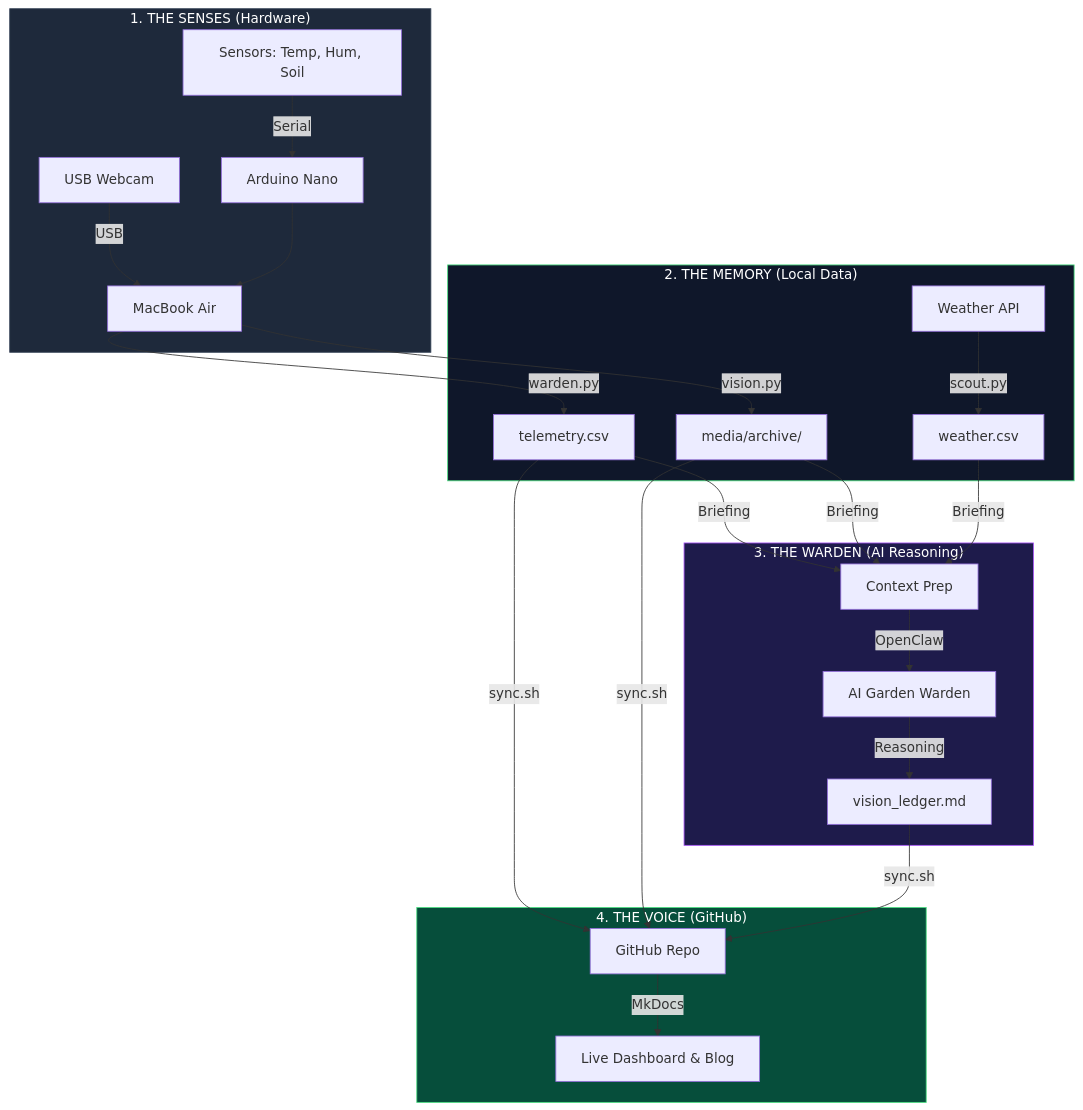
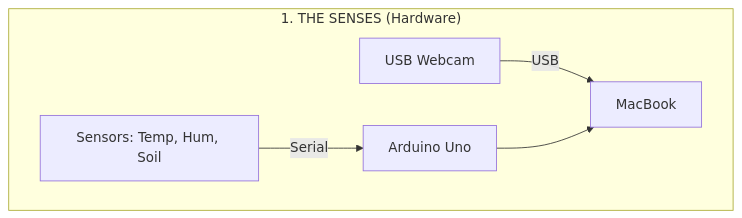
One commit to surendranb/gardenbot changed the diagram in src/docs/architecture.md. Above: the diagram before and after it, drawn with Mermaid. The commit also changed other lines of this file and 9 other files, not shown here.

````diff
--- a/src/docs/architecture.md
+++ b/src/docs/architecture.md
@@ -20,35 +20,9 @@
 ```mermaid
 graph TD
     %% Layer 1: Physical
     subgraph Physical["1. THE SENSES (Hardware)"]
-        S[Sensors: Temp, Hum, Soil] -->|Serial| AR[Arduino Nano]
-        CAM[USB Webcam] -->|USB| MBA[MacBook Air]
+        S[Sensors: Temp, Hum, Soil] -->|Serial| AR[Arduino Uno]
+        CAM[USB Webcam] -->|USB| MBA[MacBook]
         AR --> MBA
     end
-
-    %% Layer 2: Local Processing
-    subgraph Local["2. THE MEMORY (Local Data)"]
-        MBA -->|warden.py| CSV[telemetry.csv]
-        MBA -->|vision.py| IMG[media/archive/]
-        API[Weather API] -->|scout.py| WTH[weather.csv]
-    end
-
-    %% Layer 3: Intelligence
-    subgraph Intel["3. THE WARDEN (AI Reasoning)"]
-        CSV & IMG & WTH -->|Briefing| PREP[Context Prep]
-        PREP -->|OpenClaw| AI[AI Garden Warden]
-        AI -->|Reasoning| LDG[vision_ledger.md]
-    end
-
-    %% Layer 4: Public
-    subgraph Public["4. THE VOICE (GitHub)"]
-        CSV & IMG & LDG -->|sync.sh| GH[GitHub Repo]
-        GH -->|MkDocs| WEB[Live Dashboard & Blog]
-    end
-
-    %% Styling
-    style Physical fill:#1e293b,stroke:#334155,color:#fff
-    style Local fill:#0f172a,stroke:#4ade80,color:#fff
-    style Intel fill:#1e1b4b,stroke:#a855f7,color:#fff
-    style Public fill:#064e3b,stroke:#4ade80,color:#fff
 ```
````
